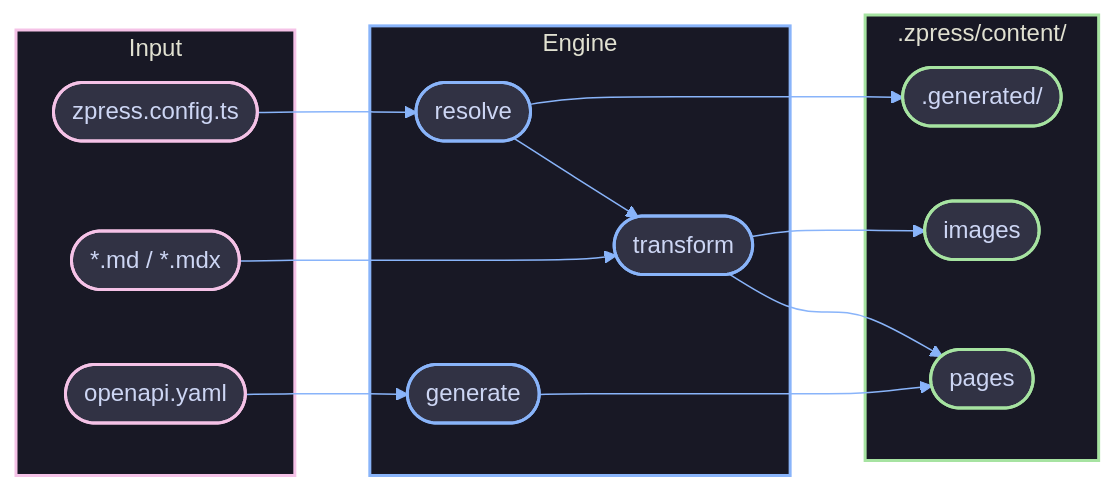
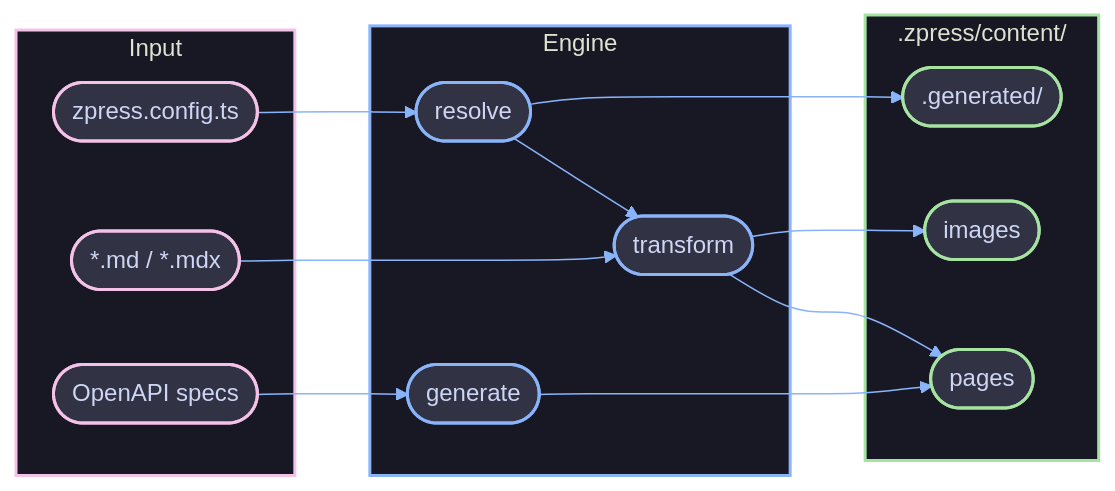
The diagram in contributing/concepts/engine/overview.md (joggrdocs/zpress), drawn with Mermaid before and after one commit. The commit also changed 16 other files, not shown here.

````diff
--- a/contributing/concepts/engine/overview.md
+++ b/contributing/concepts/engine/overview.md
@@ -9,56 +9,56 @@
 ```mermaid
 %%{init: {
   'theme': 'base',
   'themeVariables': {
     'primaryColor': '#313244',
     'primaryTextColor': '#cdd6f4',
     'primaryBorderColor': '#6c7086',
     'lineColor': '#89b4fa',
     'secondaryColor': '#45475a',
     'tertiaryColor': '#1e1e2e',
     'background': '#1e1e2e',
     'mainBkg': '#313244',
     'clusterBkg': '#1e1e2e',
     'clusterBorder': '#45475a'
   },
   'flowchart': { 'curve': 'basis', 'padding': 15 }
 }}%%
 flowchart LR
     subgraph input ["Input"]
         CONFIG(["zpress.config.ts"])
         MD(["*.md / *.mdx"])
-        SPECS(["openapi.yaml"])
+        SPECS(["OpenAPI specs"])
     end
 
     subgraph engine ["Engine"]
         RESOLVE(["resolve"])
         TRANSFORM(["transform"])
         GENERATE(["generate"])
     end
 
     subgraph output [".zpress/content/"]
         CONTENT(["pages"])
         META([".generated/"])
         IMAGES(["images"])
     end
 
     CONFIG --> RESOLVE
     MD --> TRANSFORM
     SPECS --> GENERATE
     RESOLVE --> TRANSFORM --> CONTENT
     RESOLVE --> META
     TRANSFORM --> IMAGES
     GENERATE --> CONTENT
 
     classDef external fill:#313244,stroke:#f5c2e7,stroke-width:2px,color:#cdd6f4
     classDef core fill:#313244,stroke:#89b4fa,stroke-width:2px,color:#cdd6f4
     classDef agent fill:#313244,stroke:#a6e3a1,stroke-width:2px,color:#cdd6f4
 
     class CONFIG,MD,SPECS external
     class RESOLVE,TRANSFORM,GENERATE core
     class CONTENT,META,IMAGES agent
 
     style input fill:#181825,stroke:#f5c2e7,stroke-width:2px
     style engine fill:#181825,stroke:#89b4fa,stroke-width:2px
     style output fill:#181825,stroke:#a6e3a1,stroke-width:2px
 ```
````
